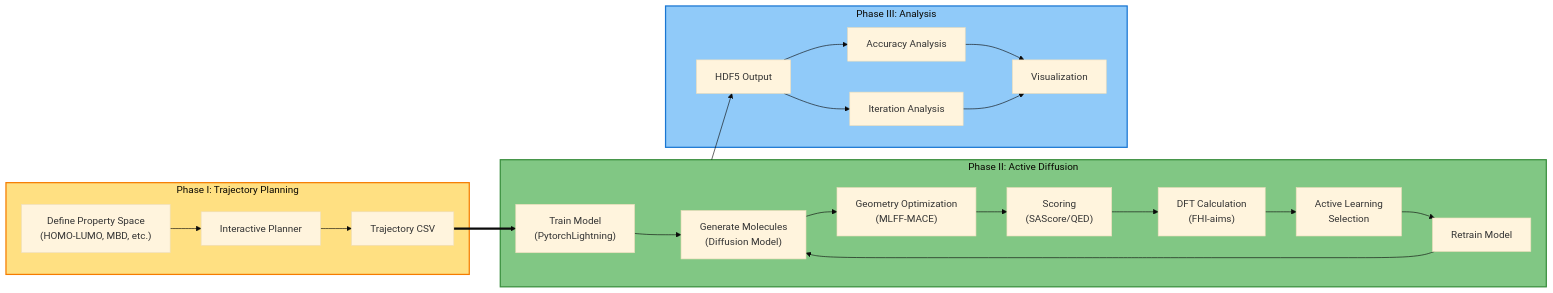
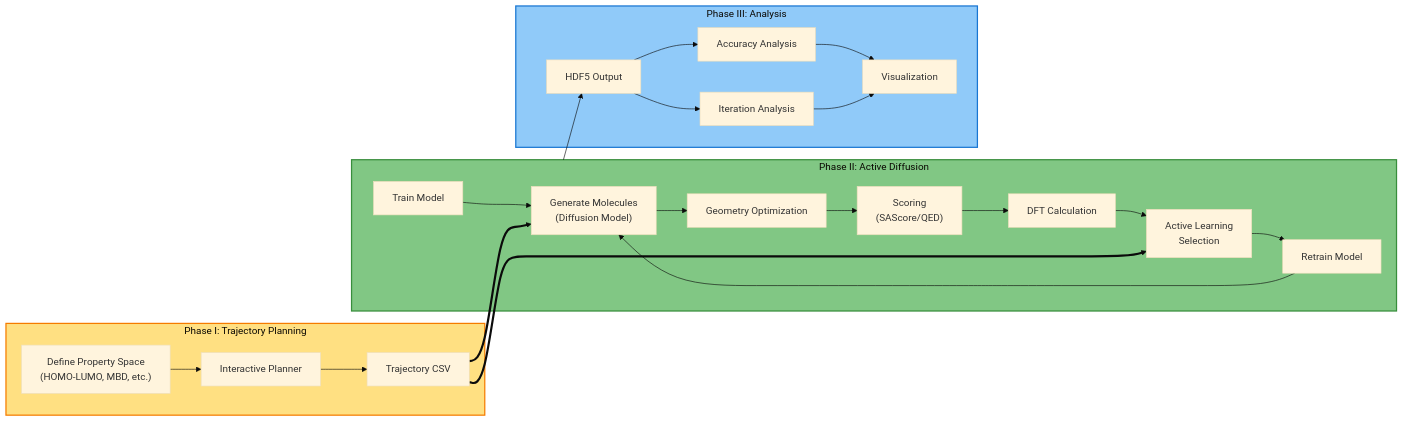
Before and after one commit to lmedranos/qalpa: the first of 2 diagrams in README.md, drawn with Mermaid (base theme). The commit also changed other lines of this file, not shown here.

````diff
--- a/README.md
+++ b/README.md
@@ -24,39 +24,40 @@
 ```mermaid
 flowchart LR
     subgraph phase1["Phase I: Trajectory Planning"]
         A["Define Property Space<br/>(HOMO-LUMO, MBD, etc.)"]
         B["Interactive Planner"]
         C["Trajectory CSV"]
         A --> B --> C
     end
     
     subgraph phase2["Phase II: Active Diffusion"]
-        T["Train Model<br/>(PytorchLightning)"]
+        T["Train Model"]
         D["Generate Molecules<br/>(Diffusion Model)"]
-        G["Geometry Optimization<br/>(MLFF-MACE)"]
+        G["Geometry Optimization"]
         R["Retrain Model"]
         S["Scoring<br/>(SAScore/QED)"]
         F["Active Learning<br/>Selection"]
-        E["DFT Calculation<br/>(FHI-aims)"]
+        E["DFT Calculation"]
         
         T --> D --> G --> S--> E --> F --> R --> D
     end
     
     subgraph phase3["Phase III:  Analysis"]
         H["HDF5 Output"]
         I["Accuracy Analysis"]
         J["Iteration Analysis"]
         K["Visualization"]
         H --> I
         H --> J
         I --> K
         J --> K
     end
     
-    C ==> T
+    C ==> D
+    C ==> F
     phase2 --> H
     
     style phase1 fill:#FFE082,stroke:#F57C00,stroke-width: 2px
     style phase2 fill:#81C784,stroke:#388E3C,stroke-width: 2px
     style phase3 fill:#90CAF9,stroke:#1976D2,stroke-width: 2px
 ```
````
